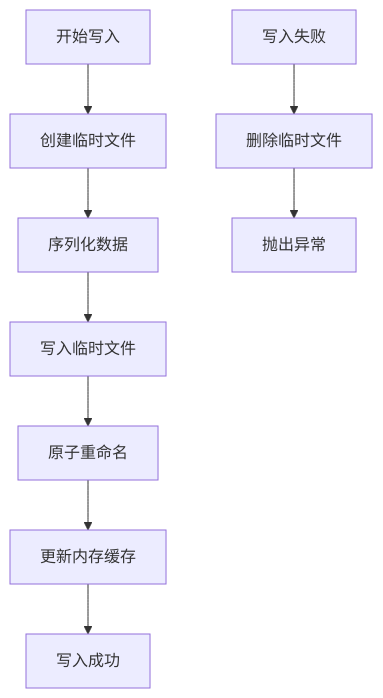
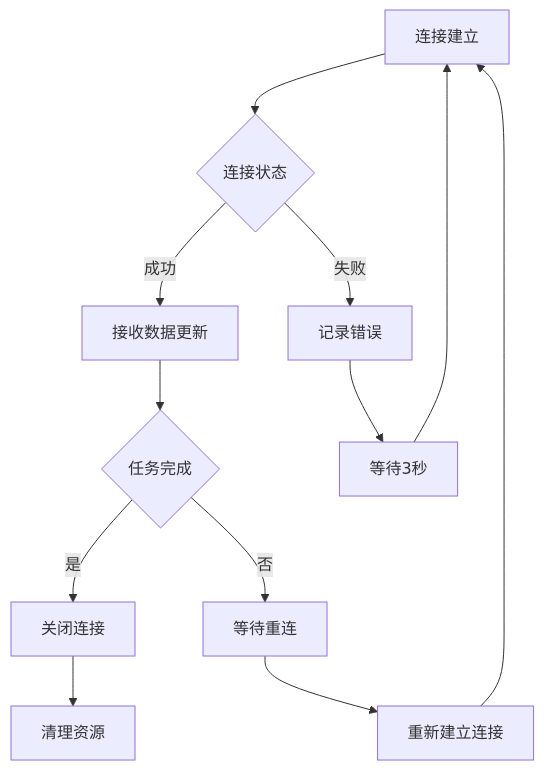
The ninth of 16 diagrams in .qoder/repowiki/zh/content/Transcription History System.md (clawbotai/memo-flow), drawn with Mermaid before and after one commit. The commit also changed other lines of this file and 18 other files, not shown here.

````diff
--- a/.qoder/repowiki/zh/content/Transcription History System.md
+++ b/.qoder/repowiki/zh/content/Transcription History System.md
@@ -240,11 +409,14 @@
 ```mermaid
 flowchart TD
-A[开始写入] --> B[创建临时文件]
-B --> C[序列化数据]
-C --> D[写入临时文件]
-D --> E[原子重命名]
-E --> F[更新内存缓存]
-F --> G[写入成功]
-H[写入失败] --> I[删除临时文件]
-I --> J[抛出异常]
+A[连接建立] --> B{连接状态}
+B --> |成功| C[接收数据更新]
+B --> |失败| D[记录错误]
+C --> E{任务完成}
+E --> |是| F[关闭连接]
+E --> |否| G[等待重连]
+D --> H[等待3秒]
+H --> A
+G --> I[重新建立连接]
+I --> A
+F --> J[清理资源]
 ```
````
